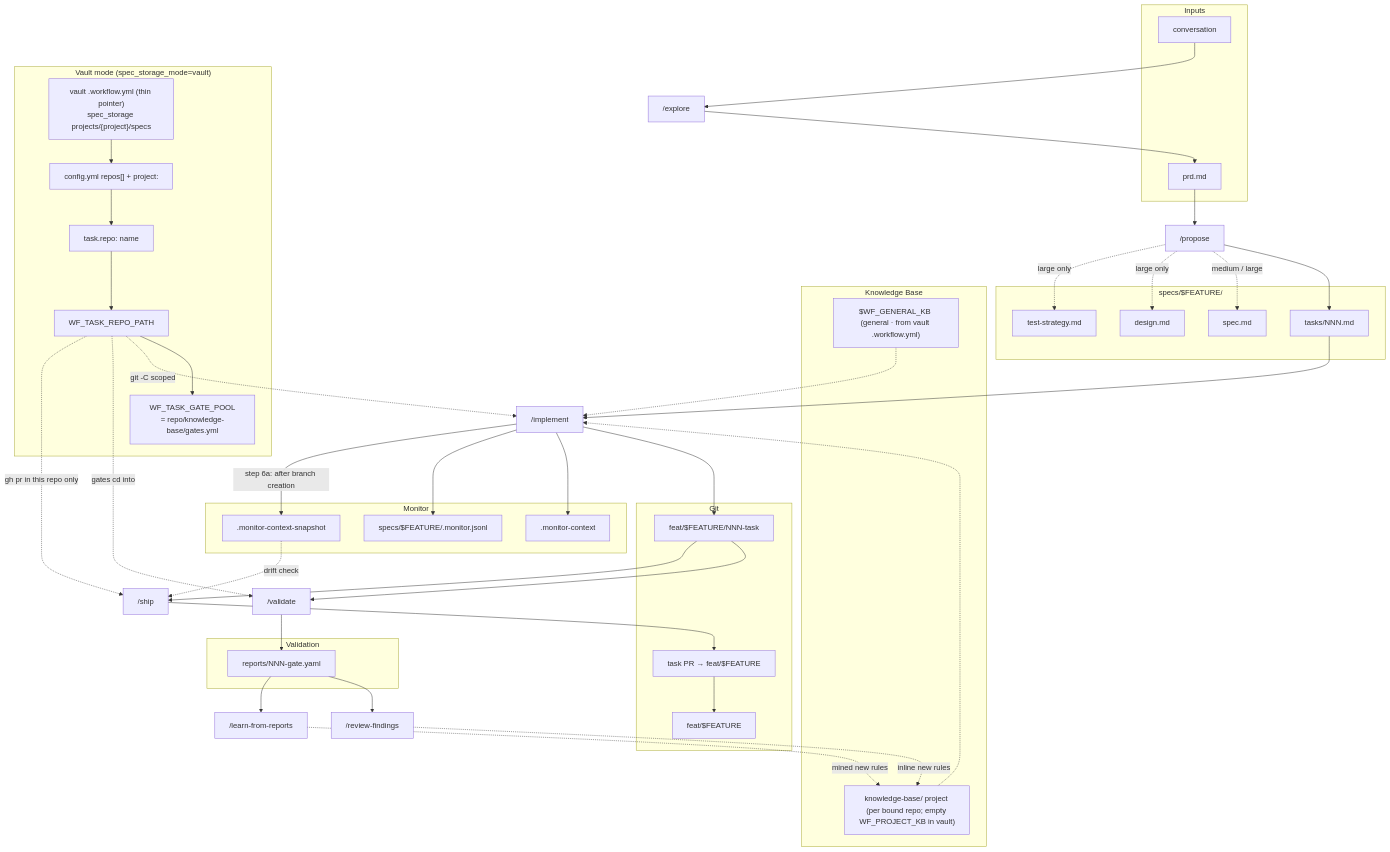
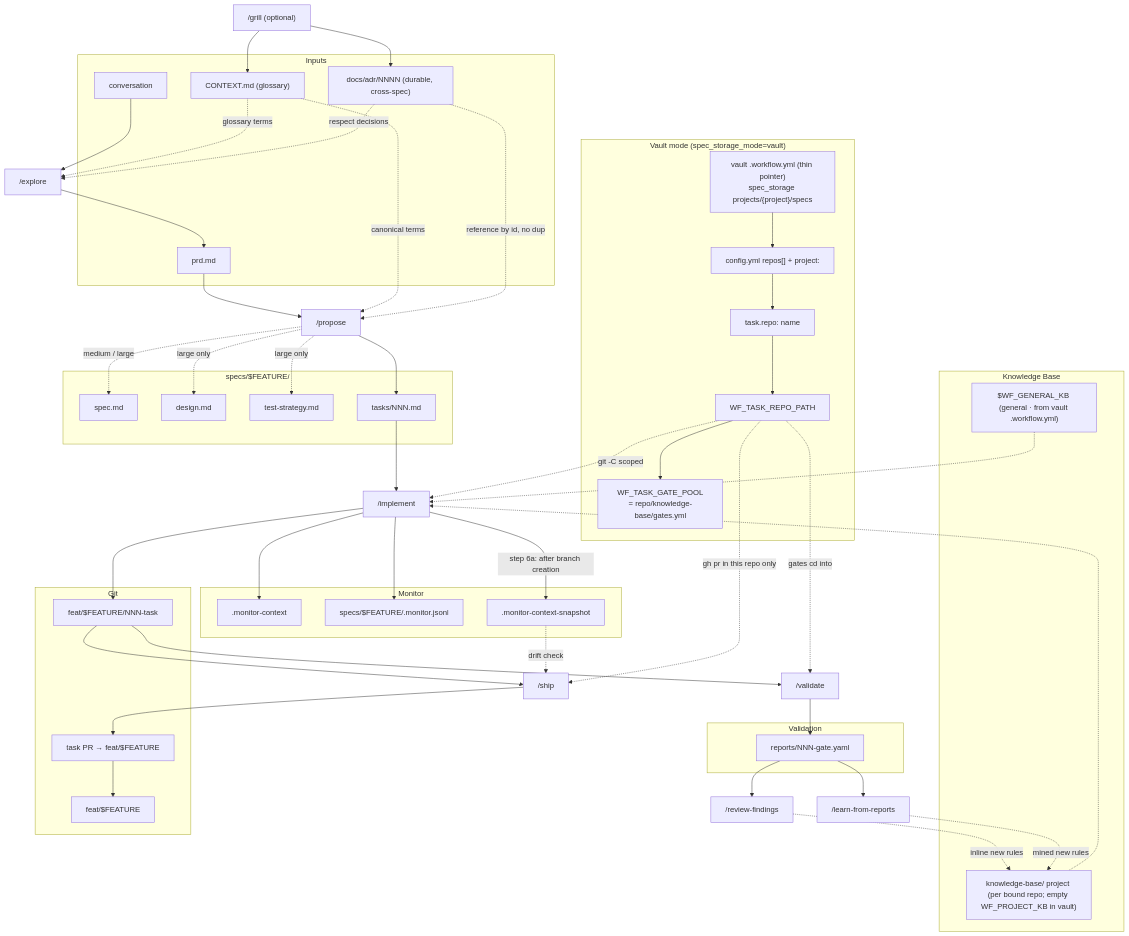
Before and after one commit to AlarQ/SDD-hub: the fifth of 16 diagrams in docs/workflow-diagram.md, drawn with Mermaid. The commit also changed other lines of this file and 17 other files, not shown here.

```diff
--- a/docs/workflow-diagram.md
+++ b/docs/workflow-diagram.md
@@ -187,6 +190,8 @@
     subgraph Inputs
         CONV[conversation]
         PRD[prd.md]
+        CTXMD["CONTEXT.md (glossary)"]
+        ADR["docs/adr/NNNN (durable, cross-spec)"]
     end
 
     subgraph Specs["specs/$FEATURE/"]
@@ -229,9 +234,15 @@
         SNAP[.monitor-context-snapshot]
     end
 
+    GR["/grill (optional)"] --> CTXMD
+    GR --> ADR
     CONV --> EX["/explore"]
+    CTXMD -.->|glossary terms| EX
+    ADR -.->|respect decisions| EX
     EX --> PRD
     PRD --> PP["/propose"]
+    CTXMD -.->|canonical terms| PP
+    ADR -.->|reference by id, no dup| PP
     PP --> TASKS
     PP -.->|medium / large| SPEC
     PP -.->|large only| DESIGN
```
